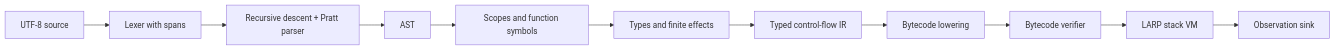
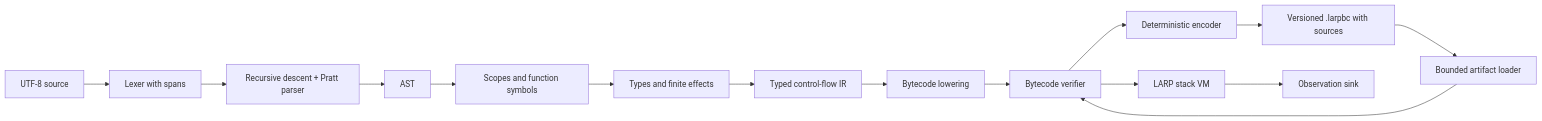
Before and after one commit to hlibstrochkovskyi/larp-lang: the diagram in docs/architecture.md, drawn with Mermaid. The commit also changed other lines of this file and 21 other files, not shown here.

Commit message:
Persist verified bytecode artifacts with bounded loading and embedded sources

````diff
--- a/docs/architecture.md
+++ b/docs/architecture.md
@@ -14,13 +15,17 @@
 ```mermaid
 flowchart LR
     Source[UTF-8 source] --> Lex[Lexer with spans]
     Lex --> Parse[Recursive descent + Pratt parser]
     Parse --> AST[AST]
     AST --> Names[Scopes and function symbols]
     Names --> Types[Types and finite effects]
     Types --> IR[Typed control-flow IR]
     IR --> Lower[Bytecode lowering]
     Lower --> Verify[Bytecode verifier]
     Verify --> VM[LARP stack VM]
+    Verify --> Encode[Deterministic encoder]
+    Encode --> Artifact[Versioned .larpbc with sources]
+    Artifact --> Decode[Bounded artifact loader]
+    Decode --> Verify
     VM --> Host[Observation sink]
 ```
````
